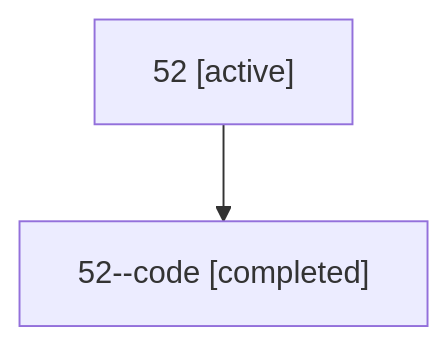
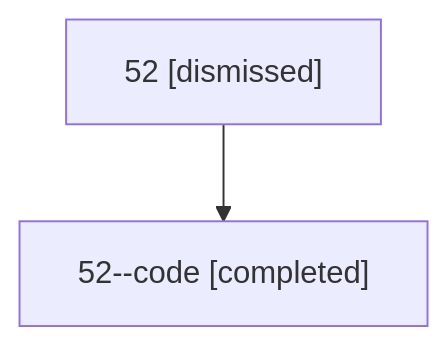
One commit to bobs-org/bob-cli--agents changed the diagram in sessions/bbugyi200.athena.52.md. Above: the diagram before and after it, drawn with Mermaid. The commit also changed other lines of this file and 12 other files, not shown here.

````diff
--- a/sessions/bbugyi200.athena.52.md
+++ b/sessions/bbugyi200.athena.52.md
@@ -9,6 +9,6 @@
 ```mermaid
 flowchart TD
-  n0["52 [active]"]
+  n0["52 [dismissed]"]
   n1["52--code [completed]"]
   n0 --> n1
 ```
````
